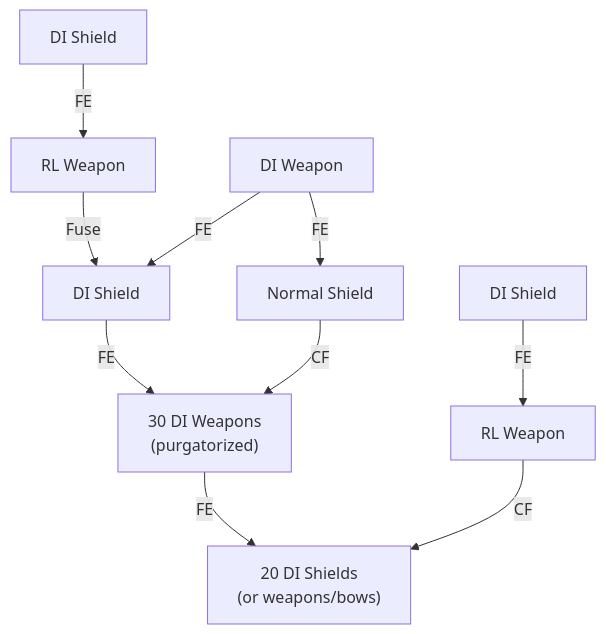
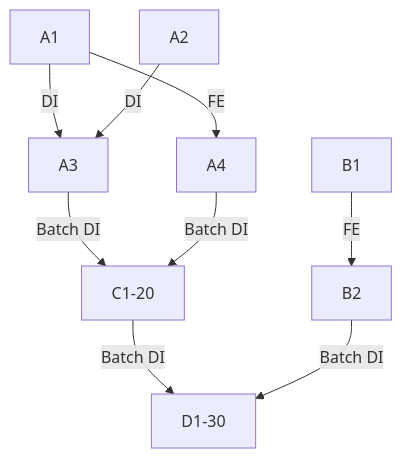
Before and after one commit to BKMzero/ultrabroken-documentation: the second of 5 diagrams in docs/wiki/_wip/sfo-nesting-test.md, drawn with Mermaid. The commit also changed other lines of this file, not shown here.

````diff
--- a/docs/wiki/_wip/sfo-nesting-test.md
+++ b/docs/wiki/_wip/sfo-nesting-test.md
@@ -175,12 +178,11 @@
-            ```mermaid
+           ```mermaid
             graph TD
-                B[DI Shield] -->|FE| F[RL Weapon]
-                E[DI Shield] -->|FE| G[RL Weapon]
-                F -->|Fuse| H[DI Shield]
-                C[DI Weapon] -->|FE| H
-                C -->|FE| D[Normal Shield]
-                H -->|FE| I["30 DI Weapons<br/>(purgatorized)"]
-                D -->|CF| I
-                I -->|FE| J["20 DI Shields<br/>(or weapons/bows)"]
-                G -->|CF| J
+                A[B1] -->|FE| B[B2]
+                C[A1] -->|DI| D[A3]
+                E[A2] -->|DI| D
+                C --> |FE| F[A4]
+                D --> |Batch DI| G["C1-20"]
+                F --> |Batch DI| G
+                G --> |Batch DI| H["D1-30"]
+                B --> |Batch DI| H
             ```
````
